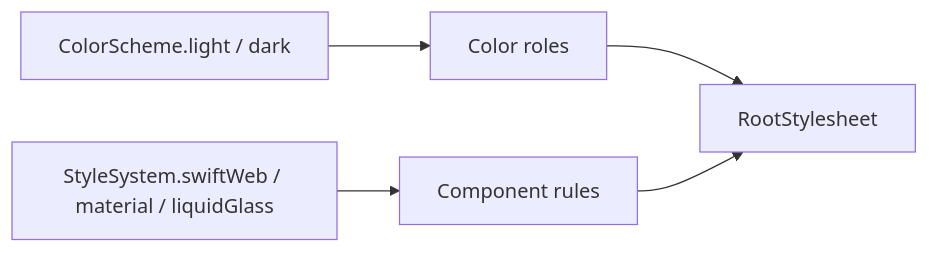
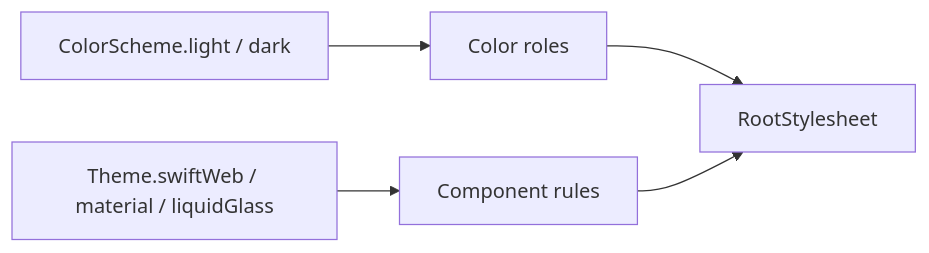
The second of 4 diagrams in docs/SwiftWebUIStyleDesign.md (1amageek/swift-web), drawn with Mermaid before and after one commit. The commit also changed other lines of this file and 43 other files, not shown here.

First line of the commit message:
Rename StyleSystem to Theme

````diff
--- a/docs/SwiftWebUIStyleDesign.md
+++ b/docs/SwiftWebUIStyleDesign.md
@@ -60,7 +60,7 @@
 ```mermaid
 flowchart LR
     A["ColorScheme.light / dark"] --> C["Color roles"]
-    B["StyleSystem.swiftWeb / material / liquidGlass"] --> D["Component rules"]
+    B["Theme.swiftWeb / material / liquidGlass"] --> D["Component rules"]
     C --> E["RootStylesheet"]
     D --> E
 ```
````
